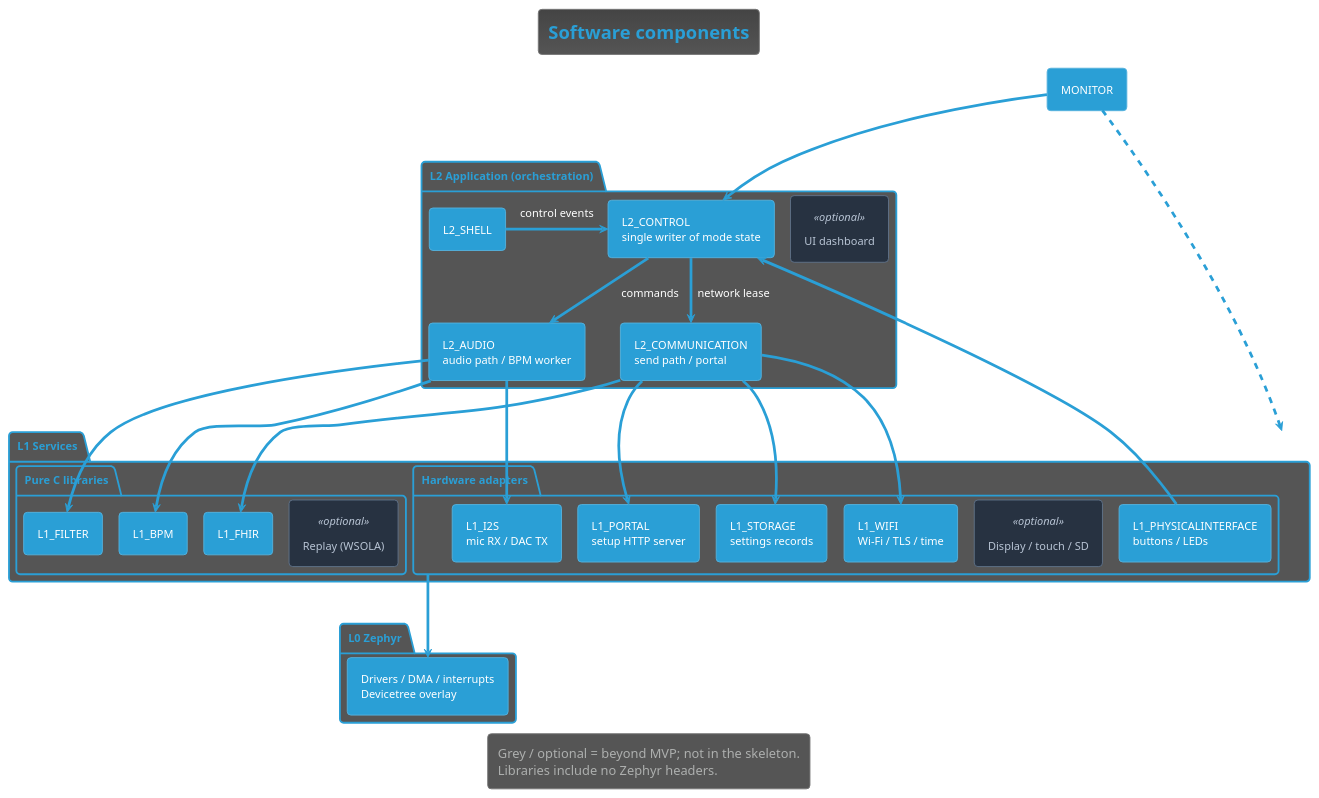
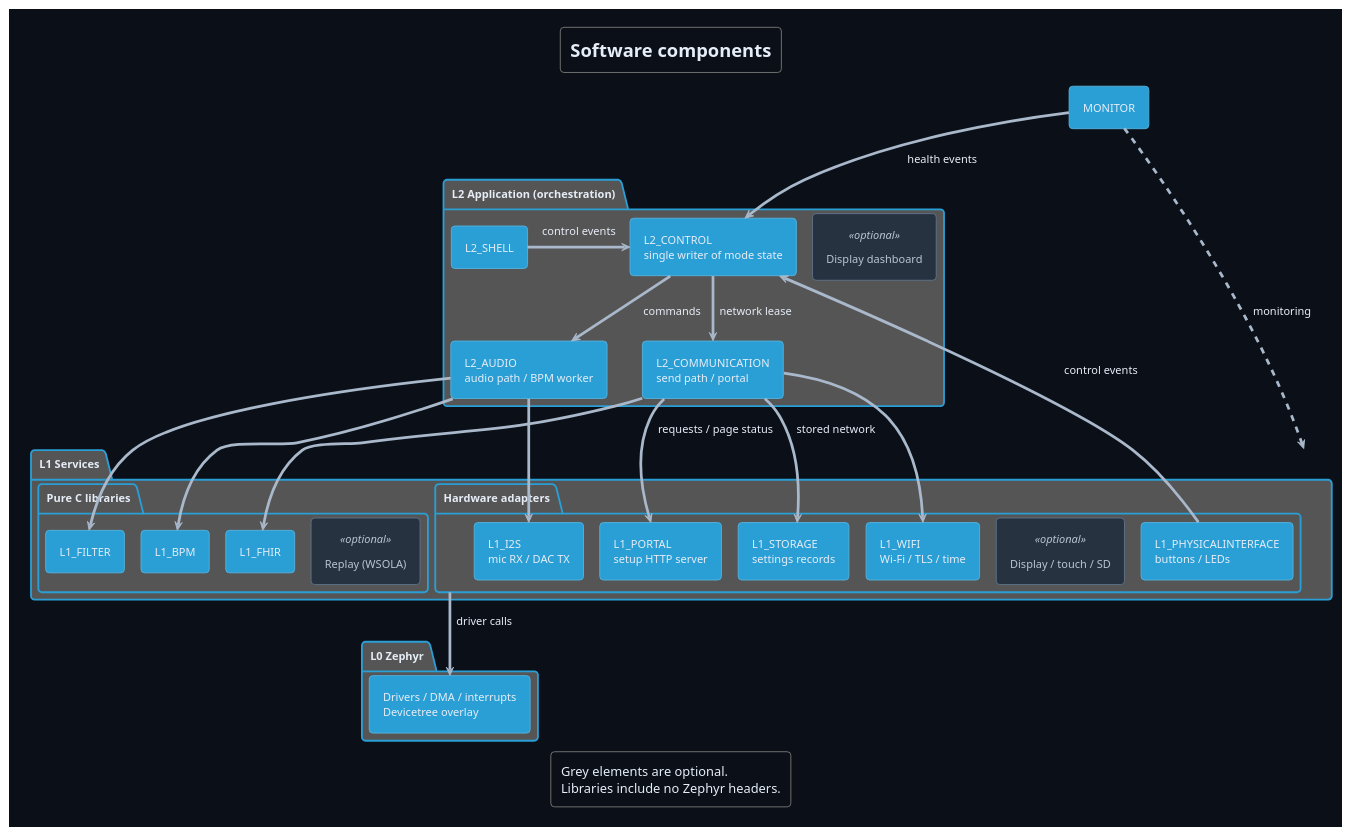
The diagram in Development/system/architecture/system/software-components.puml (DemonicPsychoII/DigitalStethoscope), drawn with PlantUML before and after one commit. The commit also changed 181 other files, not shown here.

First line of the commit message:
documentation: state only what is in architecture, design and code documents

```diff
--- a/Development/system/architecture/system/software-components.puml
+++ b/Development/system/architecture/system/software-components.puml
@@ -1,72 +1,75 @@
 @startuml software_components
 !theme cyborg
 !pragma layout smetana
 skinparam shadowing false
+skinparam backgroundColor #0b1018
+skinparam defaultFontColor #e6edf7
+skinparam ArrowColor #a9b8ca
 skinparam component {
  BackgroundColor<<optional>> #273241
  BorderColor<<optional>> #61738a
  FontColor<<optional>> #b8c4d4
 }
 skinparam artifact {
  BackgroundColor<<optional>> #273241
  BorderColor<<optional>> #61738a
  FontColor<<optional>> #b8c4d4
 }
 skinparam componentStyle rectangle
 skinparam defaultFontName SansSerif
 title Software components
 top to bottom direction
 component "MONITOR" as mon
 package "L2 Application (orchestration)" as app {
  component "L2_SHELL" as shell
  component "L2_CONTROL\nsingle writer of mode state" as ctl
  component "L2_AUDIO\naudio path / BPM worker" as aud
  component "L2_COMMUNICATION\nsend path / portal" as com
- component "UI dashboard" as ui <<optional>>
+ component "Display dashboard" as ui <<optional>>
  shell -[hidden]right-> ctl
  ctl -[hidden]right-> ui
 }
 package "L1 Services" as services {
  package "Hardware adapters" as adapters {
   component "L1_PHYSICALINTERFACE\nbuttons / LEDs" as phy
   component "L1_I2S\nmic RX / DAC TX" as i2s
   component "L1_WIFI\nWi-Fi / TLS / time" as wifi
   component "L1_PORTAL\nsetup HTTP server" as portal
   component "L1_STORAGE\nsettings records" as storage
   component "Display / touch / SD" as spi <<optional>>
   phy -[hidden]right-> i2s
   i2s -[hidden]right-> wifi
   wifi -[hidden]right-> spi
  }
  package "Pure C libraries" as libs {
   component "L1_FILTER" as filter
   component "L1_BPM" as bpm
   component "L1_FHIR" as fhir
   component "Replay (WSOLA)" as wsola <<optional>>
   filter -[hidden]right-> bpm
   bpm -[hidden]right-> fhir
   fhir -[hidden]right-> wsola
  }
 }
 package "L0 Zephyr" as platform {
  component "Drivers / DMA / interrupts\nDevicetree overlay" as zephyr
 }
 shell -right-> ctl : control events
 phy -up-> ctl : control events
 ctl -down-> aud : commands
 ctl -down-> com : network lease
 aud -down-> i2s
 aud -down-> filter
 aud -down-> bpm
 com -down-> fhir
 com -down-> portal : requests / page status
 com -down-> wifi
 com -down-> storage : stored network
 adapters -down-> zephyr : driver calls
 mon -down-> ctl : health events
 mon ..> services : monitoring
 legend bottom
-  Grey / optional = beyond MVP; not in the skeleton.
+  Grey elements are optional.
   Libraries include no Zephyr headers.
 endlegend
 @enduml
```
